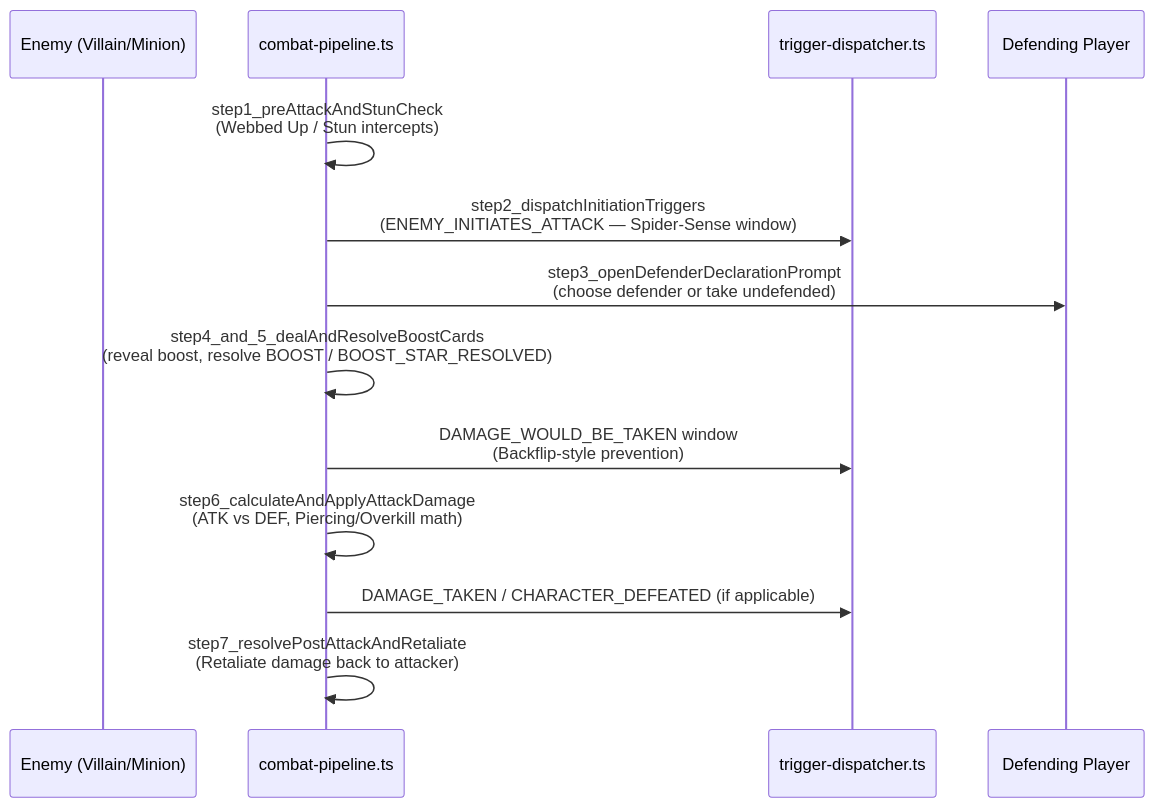
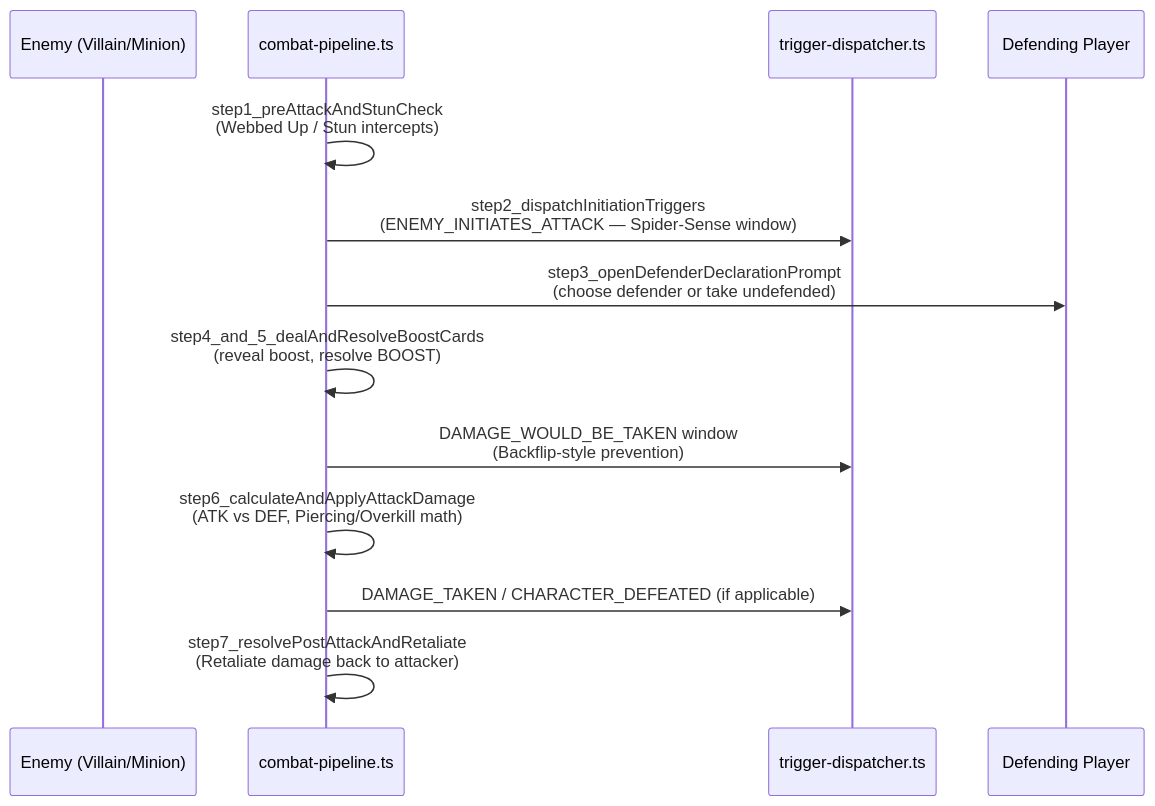
Before and after one commit to SteveRodrigue/MCD: the first of 3 diagrams in docs/visual-guides/04-combat-and-villain-phase.md, drawn with Mermaid. The commit also changed other lines of this file and 26 other files, not shown here.

First line of the commit message:
test(data): Fail on schema members with no reader (Refs #276)

````diff
--- a/docs/visual-guides/04-combat-and-villain-phase.md
+++ b/docs/visual-guides/04-combat-and-villain-phase.md
@@ -12,16 +12,16 @@
 ```mermaid
 sequenceDiagram
     participant E as Enemy (Villain/Minion)
     participant CP as combat-pipeline.ts
     participant TD as trigger-dispatcher.ts
     participant D as Defending Player
 
     CP->>CP: step1_preAttackAndStunCheck<br/>(Webbed Up / Stun intercepts)
     CP->>TD: step2_dispatchInitiationTriggers<br/>(ENEMY_INITIATES_ATTACK — Spider-Sense window)
     CP->>D: step3_openDefenderDeclarationPrompt<br/>(choose defender or take undefended)
-    CP->>CP: step4_and_5_dealAndResolveBoostCards<br/>(reveal boost, resolve BOOST / BOOST_STAR_RESOLVED)
+    CP->>CP: step4_and_5_dealAndResolveBoostCards<br/>(reveal boost, resolve BOOST)
     CP->>TD: DAMAGE_WOULD_BE_TAKEN window<br/>(Backflip-style prevention)
     CP->>CP: step6_calculateAndApplyAttackDamage<br/>(ATK vs DEF, Piercing/Overkill math)
     CP->>TD: DAMAGE_TAKEN / CHARACTER_DEFEATED (if applicable)
     CP->>CP: step7_resolvePostAttackAndRetaliate<br/>(Retaliate damage back to attacker)
 ```
````
